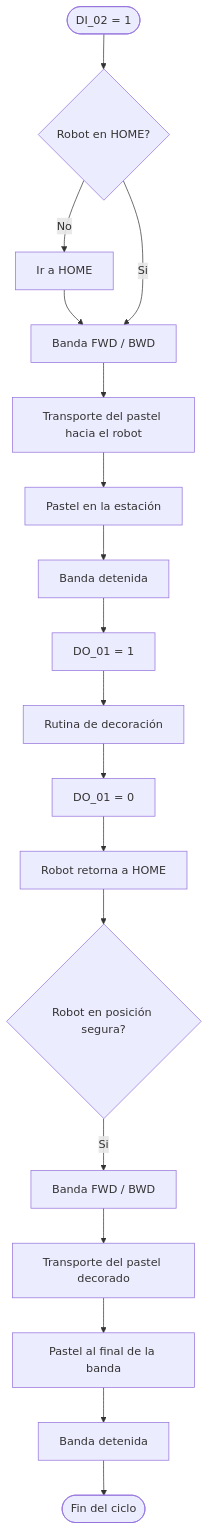
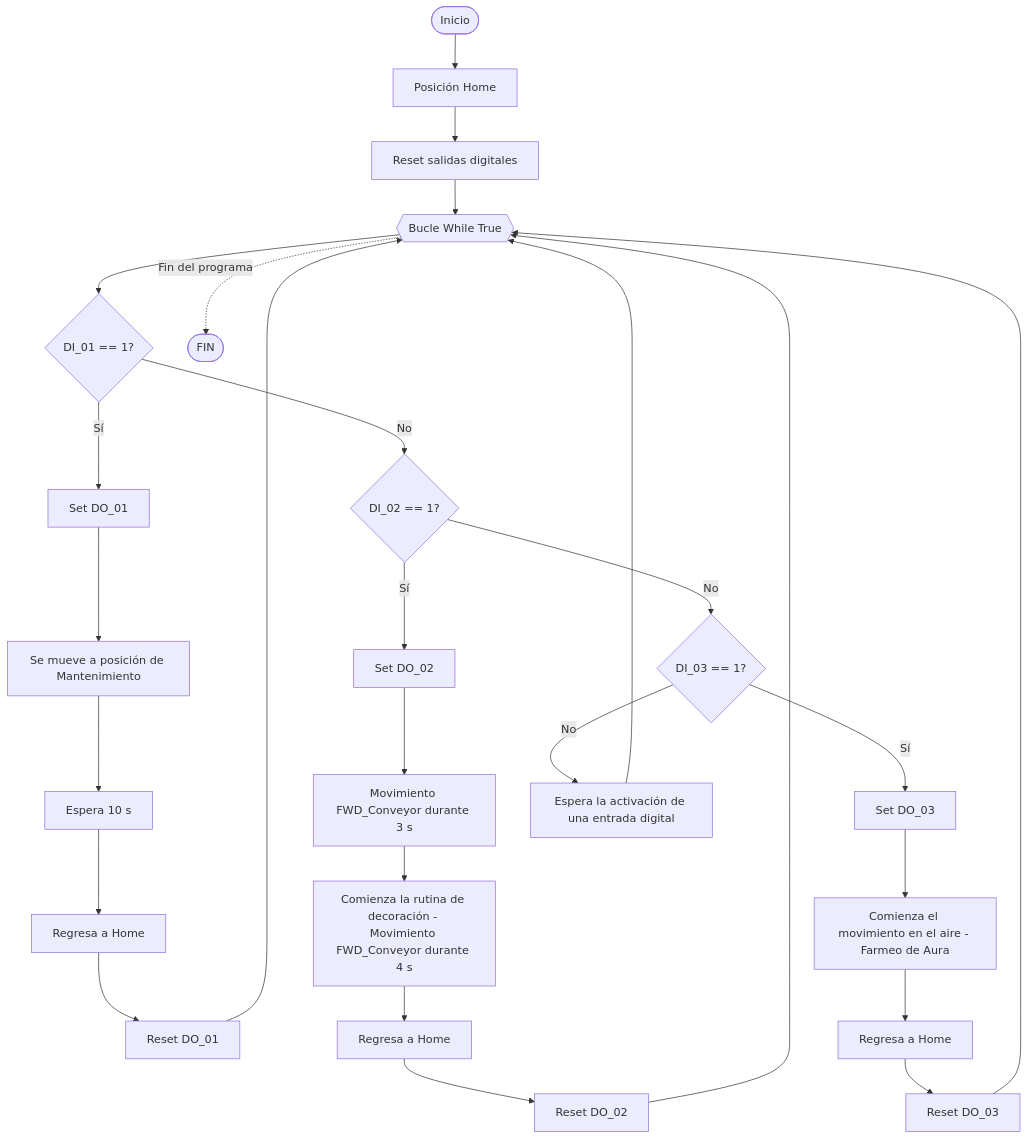
Before and after one commit to labsir-un/Robotica_2026-II_Grupo_3A_Jordan_Vargas: the diagram in Laboratorio No. 01 - Robótica Industrial ABB IRB140 y RobotStudio/README.MD, drawn with Mermaid. The commit also changed other lines of this file, not shown here.

````diff
--- a/Laboratorio No. 01 - Robótica Industrial ABB IRB140 y RobotStudio/README.MD
+++ b/Laboratorio No. 01 - Robótica Industrial ABB IRB140 y RobotStudio/README.MD
@@ -135,19 +117,37 @@
 ```mermaid
 flowchart TD
-    A([DI_02 = 1]) --> B{Robot en HOME?}
-    B -- No --> B1[Ir a HOME] --> C
-    B -- Si --> C[Banda FWD / BWD]
-    C --> D[Transporte del pastel hacia el robot]
-    D --> E[Pastel en la estación]
-    E --> F[Banda detenida]
-    F --> G["DO_01 = 1"]
-    G --> H[Rutina de decoración]
-    H --> I["DO_01 = 0"]
-    I --> J[Robot retorna a HOME]
-    J --> K{Robot en posición segura?}
-    K -- Si --> L[Banda FWD / BWD]
-    L --> M[Transporte del pastel decorado]
-    M --> N[Pastel al final de la banda]
-    N --> O[Banda detenida]
-    O --> P([Fin del ciclo])
+    A([Inicio]) --> B[Posición Home]
+    B --> C[Reset salidas digitales]
+    C --> D{{Bucle While True}}
+
+    D --> E{DI_01 == 1?}
+
+    E -- Sí --> F[Set DO_01]
+    F --> G[Se mueve a posición de Mantenimiento]
+    G --> H[Espera 10 s]
+    H --> I[Regresa a Home]
+    I --> J[Reset DO_01]
+    J --> D
+
+    E -- No --> K{DI_02 == 1?}
+
+    K -- Sí --> L[Set DO_02]
+    L --> M[Movimiento FWD_Conveyor durante 3 s]
+    M --> N[Comienza la rutina de decoración - Movimiento FWD_Conveyor durante 4 s]
+    N --> O[Regresa a Home]
+    O --> P[Reset DO_02]
+    P --> D
+
+    K -- No --> Q{DI_03 == 1?}
+
+    Q -- Sí --> S[Set DO_03]
+    S --> T[Comienza el movimiento en el aire - Farmeo de Aura]
+    T --> U[Regresa a Home]
+    U --> V[Reset DO_03]
+    V --> D
+
+    Q -- No --> W[Espera la activación de una entrada digital]
+    W --> D
+
+    D -. Fin del programa .-> Z([FIN])
 ```
````
